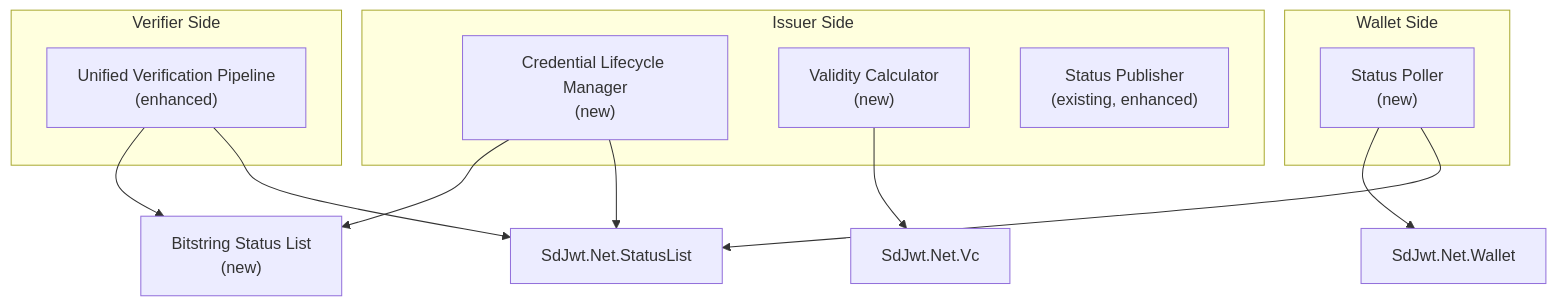
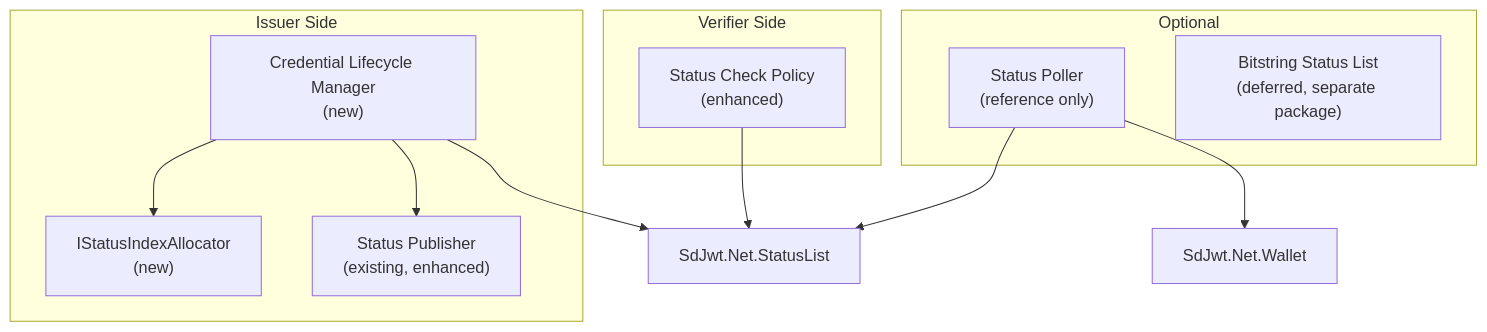
One commit to openwallet-foundation-labs/sd-jwt-dotnet changed the first of 2 diagrams in docs/proposals/credential-lifecycle-controls.md. Above: the diagram before and after it, drawn with Mermaid. The commit also changed other lines of this file and 21 other files, not shown here.

````diff
--- a/docs/proposals/credential-lifecycle-controls.md
+++ b/docs/proposals/credential-lifecycle-controls.md
@@ -57,24 +69,24 @@
 ```mermaid
 flowchart TB
     subgraph Issuer["Issuer Side"]
         LifecycleMgr["Credential Lifecycle Manager<br/>(new)"]
-        ValidityCalc["Validity Calculator<br/>(new)"]
+        IndexAlloc["IStatusIndexAllocator<br/>(new)"]
         StatusPublisher["Status Publisher<br/>(existing, enhanced)"]
     end
 
     subgraph Verifier["Verifier Side"]
-        UnifiedCheck["Unified Verification Pipeline<br/>(enhanced)"]
+        StatusPolicy["Status Check Policy<br/>(enhanced)"]
     end
 
-    subgraph Wallet["Wallet Side"]
-        StatusPoller["Status Poller<br/>(new)"]
+    subgraph Optional["Optional"]
+        StatusPoller["Status Poller<br/>(reference only)"]
+        BitstringPkg["Bitstring Status List<br/>(deferred, separate package)"]
     end
 
+    LifecycleMgr --> IndexAlloc
     LifecycleMgr --> StatusList["SdJwt.Net.StatusList"]
-    LifecycleMgr --> Bitstring["Bitstring Status List<br/>(new)"]
-    ValidityCalc --> SdJwtVc["SdJwt.Net.Vc"]
-    UnifiedCheck --> StatusList
-    UnifiedCheck --> Bitstring
+    LifecycleMgr --> StatusPublisher
+    StatusPolicy --> StatusList
     StatusPoller --> StatusList
     StatusPoller --> WalletCore["SdJwt.Net.Wallet"]
 ```
````
